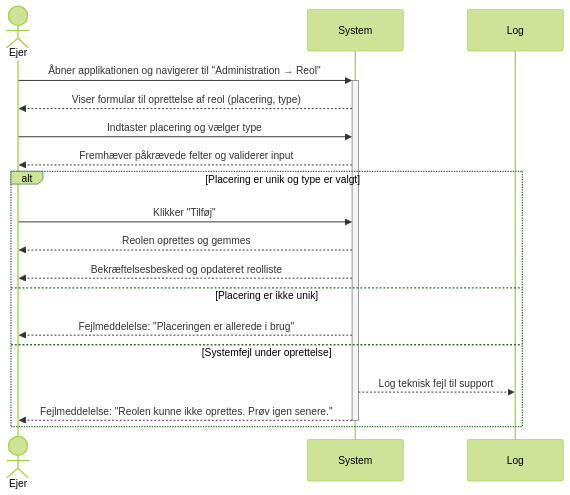
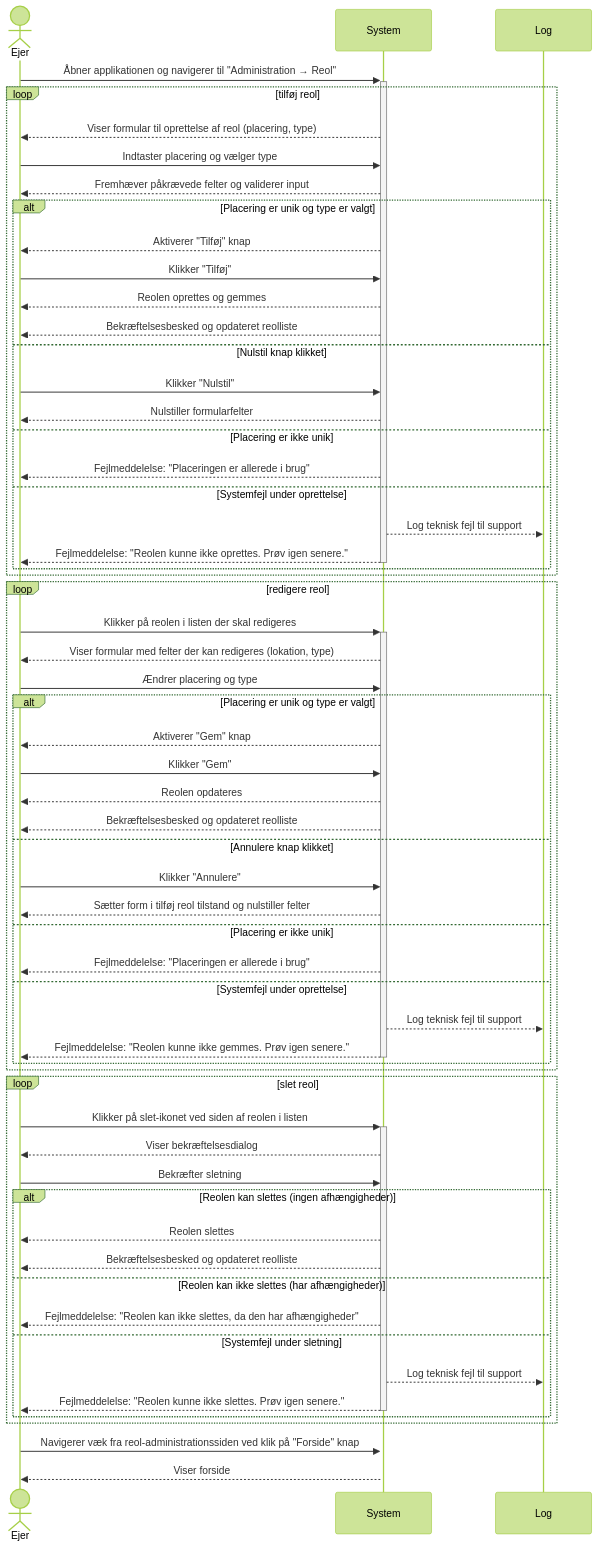
Before and after one commit to DMOoF25-TEAM11/ShelfMarket: the diagram in docs/sprint-1/UseCase001-AddANewShelf/UseCase-SSD.mmd, drawn with Mermaid (forest theme).

Commit message:
Update to handler CRUP

```diff
--- a/docs/sprint-1/UseCase001-AddANewShelf/UseCase-SSD.mmd
+++ b/docs/sprint-1/UseCase001-AddANewShelf/UseCase-SSD.mmd
@@ -1,20 +1,63 @@
 sequenceDiagram
     actor Ejer
     participant System
+    participant Log
 
     Ejer->>+System: Åbner applikationen og navigerer til "Administration → Reol"
-    System-->>Ejer: Viser formular til oprettelse af reol (placering, type)
+    
+    loop tilføj reol
+        System-->>Ejer: Viser formular til oprettelse af reol (placering, type)
 
-    Ejer->>System: Indtaster placering og vælger type
-    System-->>Ejer: Fremhæver påkrævede felter og validerer input
+        Ejer->>System: Indtaster placering og vælger type
+        System-->>Ejer: Fremhæver påkrævede felter og validerer input
 
-    alt Placering er unik og type er valgt
-        Ejer->>System: Klikker "Tilføj"
-        System-->>Ejer: Reolen oprettes og gemmes
-        System-->>Ejer: Bekræftelsesbesked og opdateret reolliste
-    else Placering er ikke unik
-        System-->>Ejer: Fejlmeddelelse: "Placeringen er allerede i brug"
-    else Systemfejl under oprettelse
-        System-->>Log: Log teknisk fejl til support
-        System-->>-Ejer: Fejlmeddelelse: "Reolen kunne ikke oprettes. Prøv igen senere."
+        alt Placering er unik og type er valgt
+            System-->>Ejer: Aktiverer "Tilføj" knap
+            Ejer->>System: Klikker "Tilføj"
+            System-->>Ejer: Reolen oprettes og gemmes
+            System-->>Ejer: Bekræftelsesbesked og opdateret reolliste
+        else Nulstil knap klikket
+            Ejer->>System: Klikker "Nulstil"
+            System-->>Ejer: Nulstiller formularfelter
+        else Placering er ikke unik
+            System-->>Ejer: Fejlmeddelelse: "Placeringen er allerede i brug"
+        else Systemfejl under oprettelse
+            System-->>Log: Log teknisk fejl til support
+            System-->>-Ejer: Fejlmeddelelse: "Reolen kunne ikke oprettes. Prøv igen senere."
+        end
     end
+    loop redigere reol
+        Ejer->>+System: Klikker på reolen i listen der skal redigeres
+        System-->>Ejer: Viser formular med felter der kan redigeres (lokation, type)
+        Ejer->>System: Ændrer placering og type
+        alt Placering er unik og type er valgt
+            System-->>Ejer: Aktiverer "Gem" knap
+            Ejer->>System: Klikker "Gem"
+            System-->>Ejer: Reolen opdateres
+            System-->>Ejer: Bekræftelsesbesked og opdateret reolliste
+        else Annulere knap klikket
+            Ejer->>System: Klikker "Annulere"
+            System-->>Ejer: Sætter form i tilføj reol tilstand og nulstiller felter
+        else Placering er ikke unik
+            System-->>Ejer: Fejlmeddelelse: "Placeringen er allerede i brug"
+        else Systemfejl under oprettelse
+            System-->>Log: Log teknisk fejl til support
+            System-->>-Ejer: Fejlmeddelelse: "Reolen kunne ikke gemmes. Prøv igen senere."
+        end
+    end
+    loop slet reol
+        Ejer->>+System: Klikker på slet-ikonet ved siden af reolen i listen
+        System-->>Ejer: Viser bekræftelsesdialog
+        Ejer->>System: Bekræfter sletning
+        alt Reolen kan slettes (ingen afhængigheder)
+            System-->>Ejer: Reolen slettes
+            System-->>Ejer: Bekræftelsesbesked og opdateret reolliste
+        else Reolen kan ikke slettes (har afhængigheder)
+            System-->>Ejer: Fejlmeddelelse: "Reolen kan ikke slettes, da den har afhængigheder"
+        else Systemfejl under sletning
+            System-->>Log: Log teknisk fejl til support
+            System-->>-Ejer: Fejlmeddelelse: "Reolen kunne ikke slettes. Prøv igen senere."
+        end
+    end
+    Ejer->>+System: Navigerer væk fra reol-administrationssiden ved klik på "Forside" knap
+    System-->>Ejer: Viser forside
```
